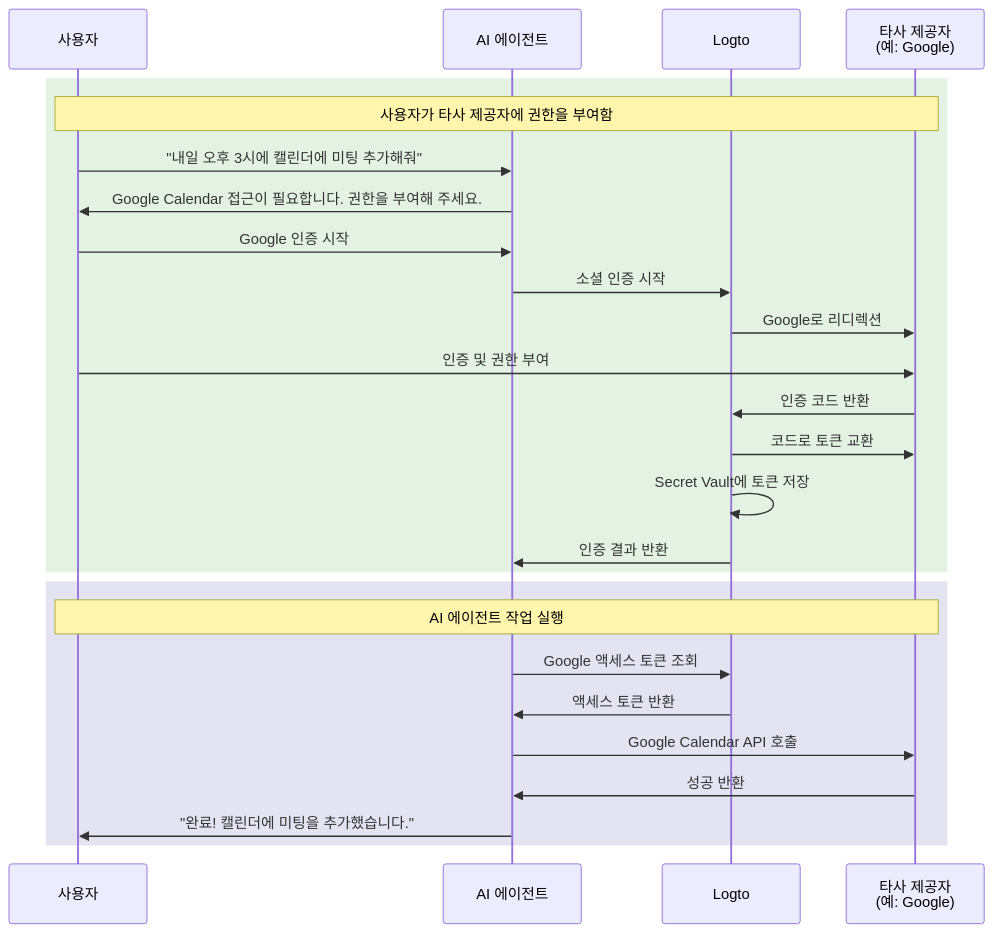
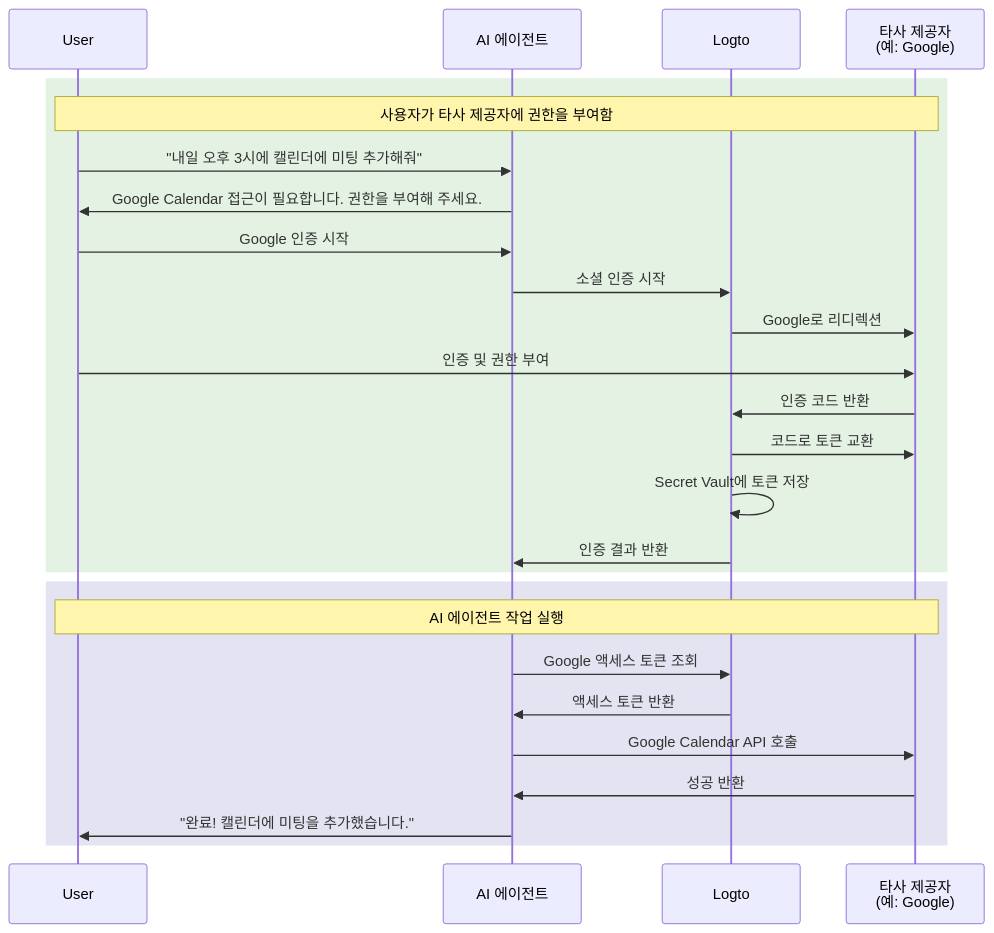
One commit to logto-io/docs changed the diagram in i18n/ko/docusaurus-plugin-content-docs/current/use-cases/ai/connect-your-agent-to-third-party-apis.mdx. Above: the diagram before and after it, drawn with Mermaid. The commit also changed other lines of this file and 666 other files, not shown here.

````diff
--- a/i18n/ko/docusaurus-plugin-content-docs/current/use-cases/ai/connect-your-agent-to-third-party-apis.mdx
+++ b/i18n/ko/docusaurus-plugin-content-docs/current/use-cases/ai/connect-your-agent-to-third-party-apis.mdx
@@ -32,30 +32,30 @@
 ```mermaid
 sequenceDiagram
-    participant User as 사용자
+    participant User
     participant Agent as AI 에이전트
     participant Logto
     participant Google as 타사 제공자<br/>(예: Google)
 
     rect rgba(200, 230, 200, 0.5)
         Note over User, Google: 사용자가 타사 제공자에 권한을 부여함
         User->>Agent: "내일 오후 3시에 캘린더에 미팅 추가해줘"
         Agent->>User: Google Calendar 접근이 필요합니다. 권한을 부여해 주세요.
         User->>Agent: Google 인증 시작
         Agent->>Logto: 소셜 인증 시작
         Logto->>Google: Google로 리디렉션
         User->>Google: 인증 및 권한 부여
         Google->>Logto: 인증 코드 반환
         Logto->>Google: 코드로 토큰 교환
         Logto->>Logto: Secret Vault에 토큰 저장
         Logto->>Agent: 인증 결과 반환
     end
 
     rect rgba(200, 200, 230, 0.5)
         Note over User, Google: AI 에이전트 작업 실행
         Agent->>Logto: Google 액세스 토큰 조회
         Logto->>Agent: 액세스 토큰 반환
         Agent->>Google: Google Calendar API 호출
         Google->>Agent: 성공 반환
         Agent->>User: "완료! 캘린더에 미팅을 추가했습니다."
     end
 ```
````
